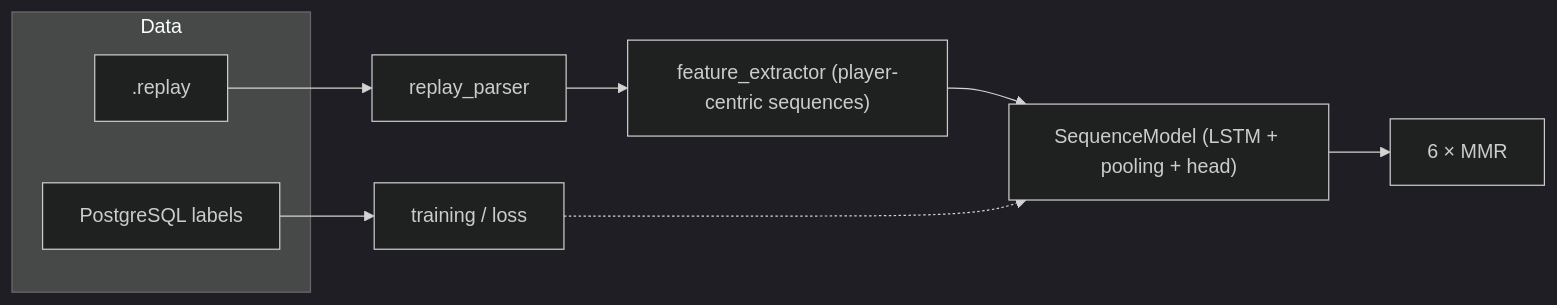
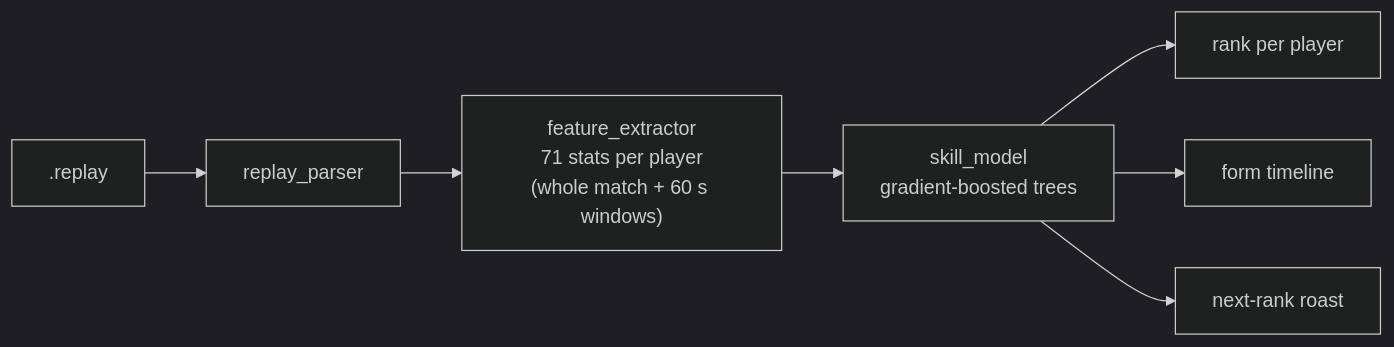
The diagram in README.md (bispribbit/rocket_league_score), drawn with Mermaid (dark theme) before and after one commit. The commit also changed other lines of this file and 91 other files, not shown here.

First line of the commit message:
Per-player skill model: replace the LSTM with gradient-boosted trees

````diff
--- a/README.md
+++ b/README.md
@@ -11,13 +14,9 @@
 ```mermaid
 flowchart LR
-  subgraph ingest["Data"]
-    R[".replay"]
-    DB["PostgreSQL labels"]
-  end
-  R --> P["replay_parser"]
-  P --> F["feature_extractor (player-centric sequences)"]
-  DB --> T["training / loss"]
-  F --> M["SequenceModel (LSTM + pooling + head)"]
-  M --> O["6 × MMR"]
-  T -.-> M
+  R[".replay"] --> P["replay_parser"]
+  P --> S["feature_extractor<br/>71 stats per player<br/>(whole match + 60 s windows)"]
+  S --> M["skill_model<br/>gradient-boosted trees"]
+  M --> C["rank per player"]
+  M --> T["form timeline"]
+  M --> Q["next-rank roast"]
 ```
````
